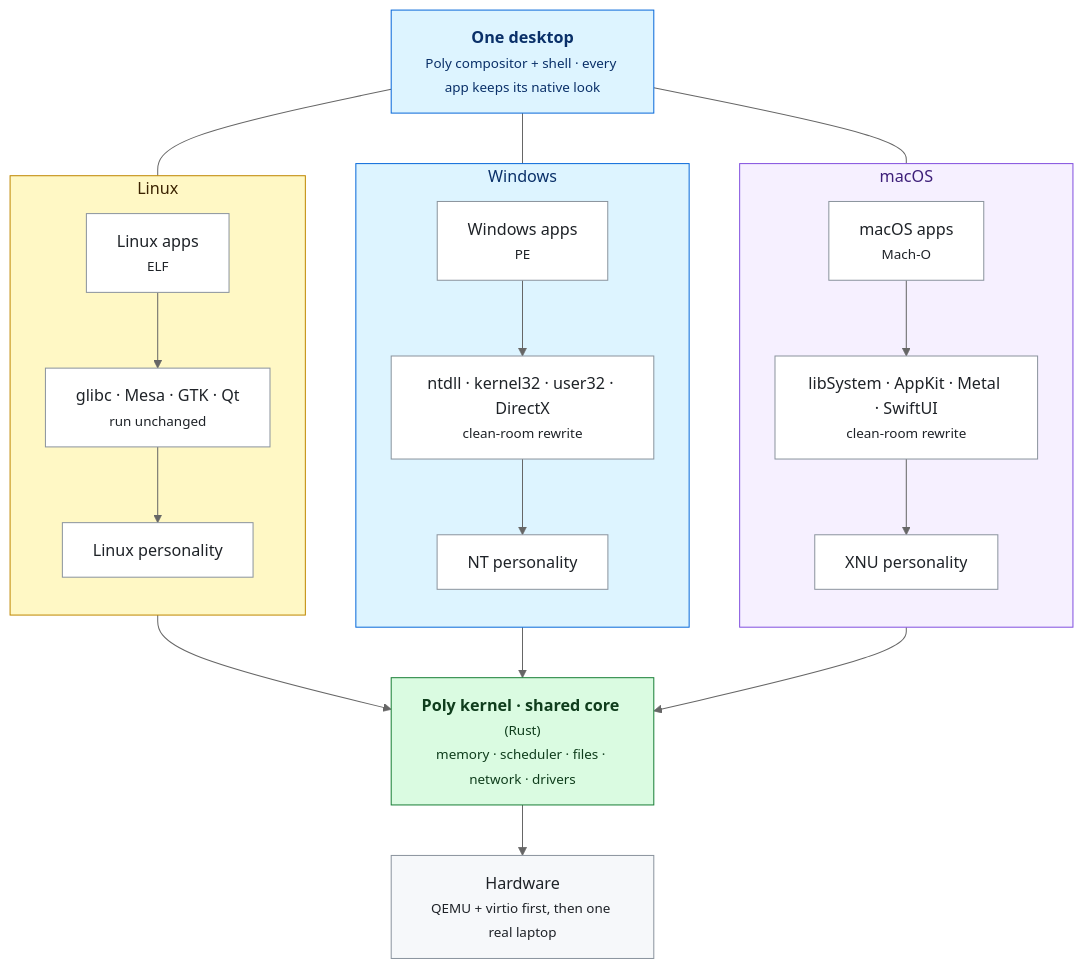
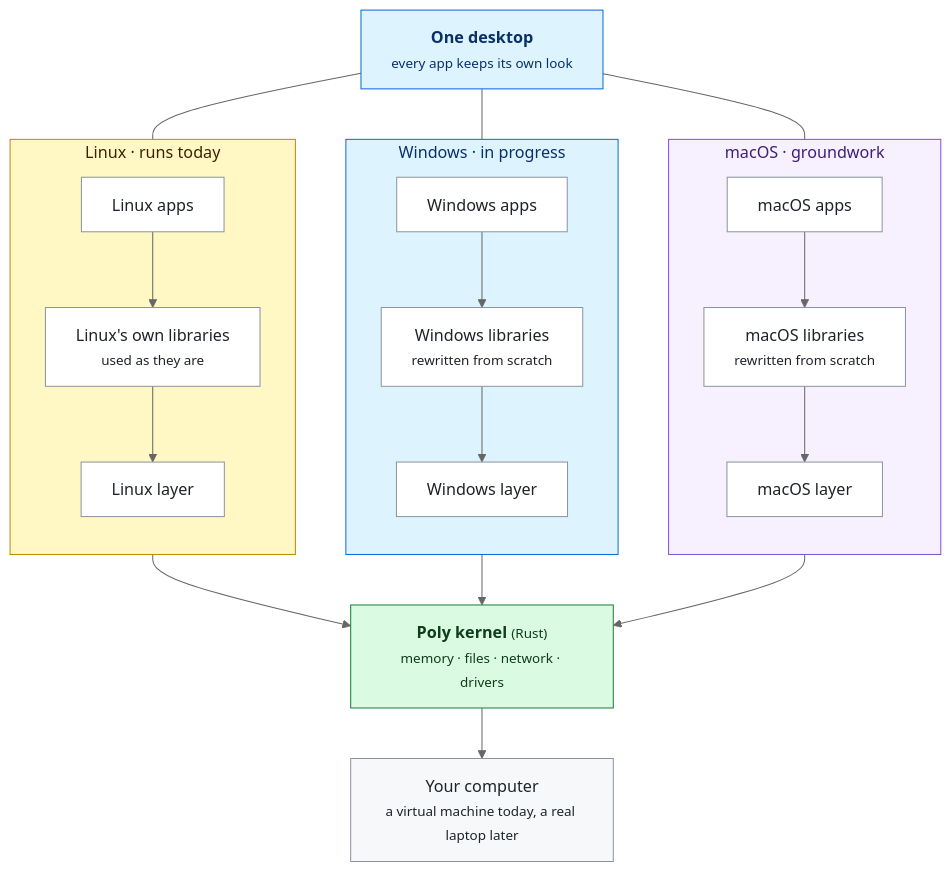
One commit to MarcBlattmann/Poly changed the diagram in README.md. Above: the diagram before and after it, drawn with Mermaid (neutral theme). The commit also changed other lines of this file and 2 other files, not shown here.

Commit message:
README: short and plain, with a screenshot, a simpler diagram and the one start command; details move to docs/RUNNING.md

````diff
--- a/README.md
+++ b/README.md
@@ -34,36 +30,36 @@
 ```mermaid
 flowchart TB
-    DESK["<b>One desktop</b><br/><small>Poly compositor + shell · every app keeps its native look</small>"]
+    DESK["<b>One desktop</b><br/><small>every app keeps its own look</small>"]
 
-    subgraph LX["Linux"]
+    subgraph LX["Linux · runs today"]
         direction TB
-        L1["Linux apps<br/><small>ELF</small>"] --> L2["glibc · Mesa · GTK · Qt<br/><small>run unchanged</small>"] --> L3["Linux personality"]
+        L1["Linux apps"] --> L2["Linux's own libraries<br/><small>used as they are</small>"] --> L3["Linux layer"]
     end
-    subgraph WX["Windows"]
+    subgraph WX["Windows · in progress"]
         direction TB
-        W1["Windows apps<br/><small>PE</small>"] --> W2["ntdll · kernel32 · user32 · DirectX<br/><small>clean-room rewrite</small>"] --> W3["NT personality"]
+        W1["Windows apps"] --> W2["Windows libraries<br/><small>rewritten from scratch</small>"] --> W3["Windows layer"]
     end
-    subgraph MX["macOS"]
+    subgraph MX["macOS · groundwork"]
         direction TB
-        M1["macOS apps<br/><small>Mach-O</small>"] --> M2["libSystem · AppKit · Metal · SwiftUI<br/><small>clean-room rewrite</small>"] --> M3["XNU personality"]
+        M1["macOS apps"] --> M2["macOS libraries<br/><small>rewritten from scratch</small>"] --> M3["macOS layer"]
     end
 
-    CORE["<b>Poly kernel · shared core</b> <small>(Rust)</small><br/><small>memory · scheduler · files · network · drivers</small>"]
-    HW["Hardware<br/><small>QEMU + virtio first, then one real laptop</small>"]
+    CORE["<b>Poly kernel</b> <small>(Rust)</small><br/><small>memory · files · network · drivers</small>"]
+    HW["Your computer<br/><small>a virtual machine today, a real laptop later</small>"]
 
     DESK --- LX & WX & MX
     LX & WX & MX --> CORE
     CORE --> HW
 
     classDef box fill:#ffffff,stroke:#8b949e,color:#1f2328
     classDef core fill:#dafbe1,stroke:#1a7f37,color:#0f3d1c
     classDef desk fill:#ddf4ff,stroke:#0969da,color:#0a3069
     classDef hw fill:#f6f8fa,stroke:#8b949e,color:#1f2328
     class L1,L2,L3,W1,W2,W3,M1,M2,M3 box
     class CORE core
     class DESK desk
     class HW hw
     style LX fill:#fff8c5,stroke:#bf8700,color:#3b2300
     style WX fill:#ddf4ff,stroke:#0969da,color:#0a3069
     style MX fill:#f6f0ff,stroke:#8250df,color:#3e1f79
 ```
````
